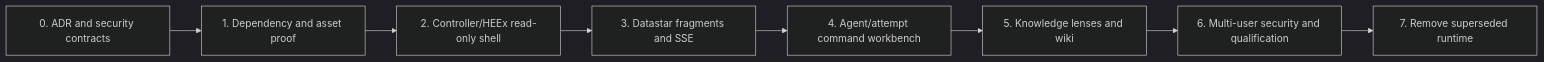
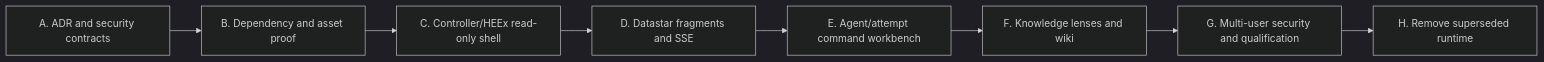
Diagram 12 of 13 in docs/research/12-secure-hypermedia-coding-factory-ui.md (pcharbon70/jido_code), drawn with Mermaid (dark theme) before and after one commit. The commit also changed other lines of this file, not shown here.

````diff
--- a/docs/research/12-secure-hypermedia-coding-factory-ui.md
+++ b/docs/research/12-secure-hypermedia-coding-factory-ui.md
@@ -1721,12 +1721,12 @@
 ```mermaid
 flowchart LR
-    P0[0. ADR and security contracts]
-    P1[1. Dependency and asset proof]
-    P2[2. Controller/HEEx read-only shell]
-    P3[3. Datastar fragments and SSE]
-    P4[4. Agent/attempt command workbench]
-    P5[5. Knowledge lenses and wiki]
-    P6[6. Multi-user security and qualification]
-    P7[7. Remove superseded runtime]
-    P0 --> P1 --> P2 --> P3 --> P4 --> P5 --> P6 --> P7
+    MA[A. ADR and security contracts]
+    MB[B. Dependency and asset proof]
+    MC[C. Controller/HEEx read-only shell]
+    MD[D. Datastar fragments and SSE]
+    ME[E. Agent/attempt command workbench]
+    MF[F. Knowledge lenses and wiki]
+    MG[G. Multi-user security and qualification]
+    MH[H. Remove superseded runtime]
+    MA --> MB --> MC --> MD --> ME --> MF --> MG --> MH
 ```
````
